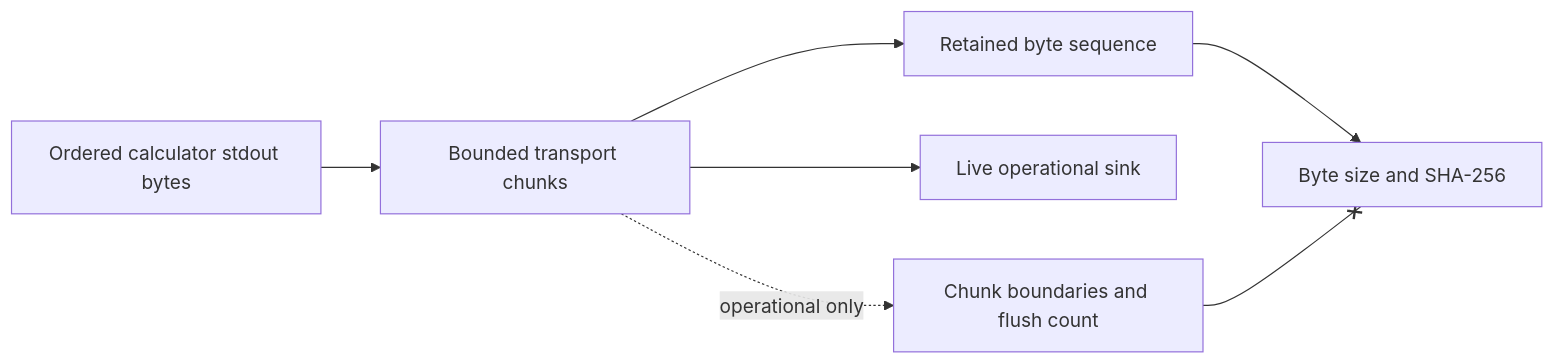
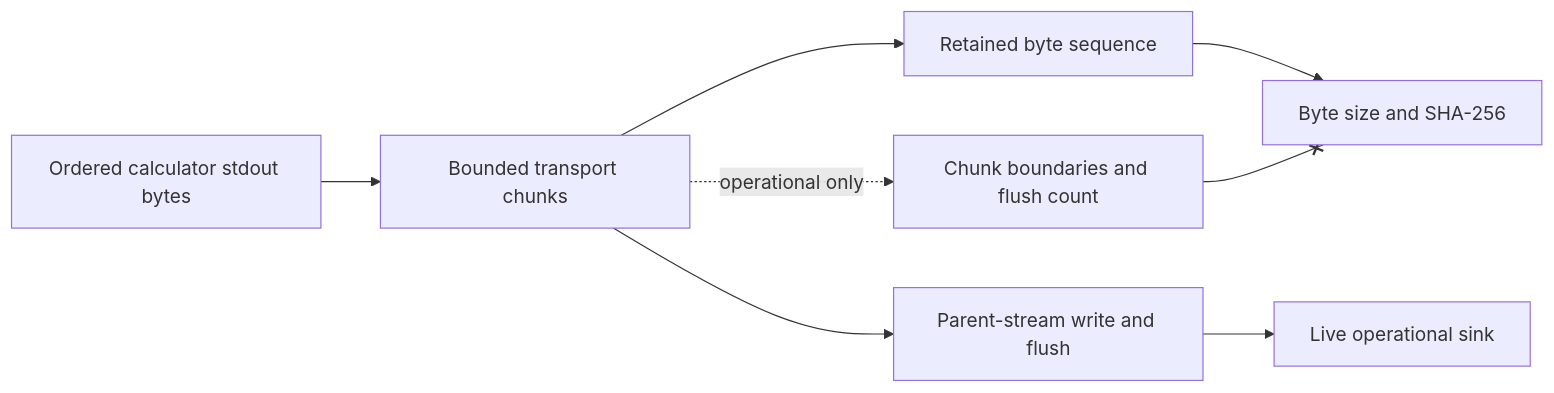
Before and after one commit to eragasa/projectkoios-simulations: the diagram in docs/architecture/projectkoios/simulations/execution/numeric.md, drawn with Mermaid. The commit also changed other lines of this file and 17 other files, not shown here.

````diff
--- a/docs/architecture/projectkoios/simulations/execution/numeric.md
+++ b/docs/architecture/projectkoios/simulations/execution/numeric.md
@@ -5,15 +5,16 @@
 ```mermaid
 flowchart LR
     native[Ordered calculator stdout bytes]
     chunks[Bounded transport chunks]
     artifact[Retained byte sequence]
+    tee[Parent-stream write and flush]
     live[Live operational sink]
     identity[Byte size and SHA-256]
     excluded[Chunk boundaries and flush count]
 
     native --> chunks
     chunks --> artifact --> identity
-    chunks --> live
+    chunks --> tee --> live
     chunks -. operational only .-> excluded
     excluded --x identity
 ```
````
